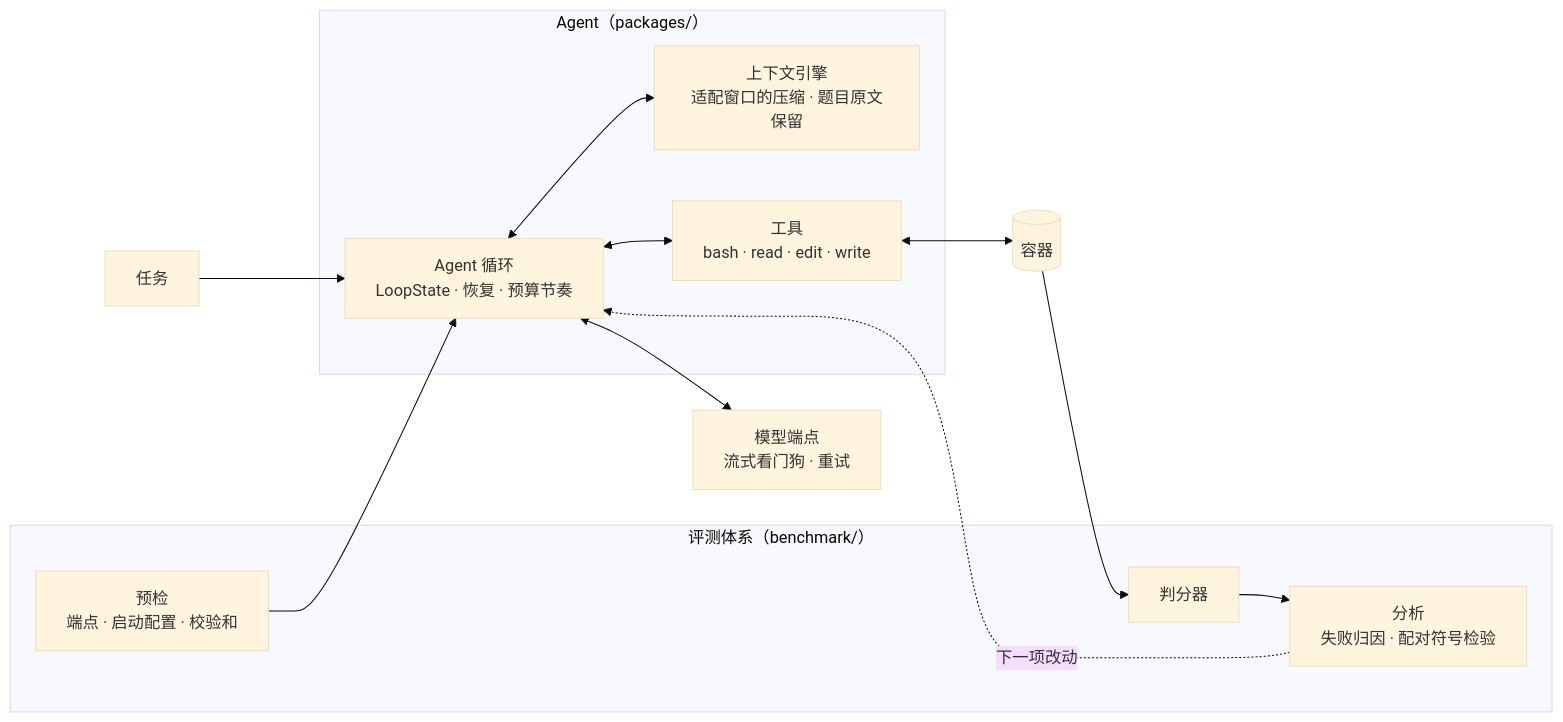
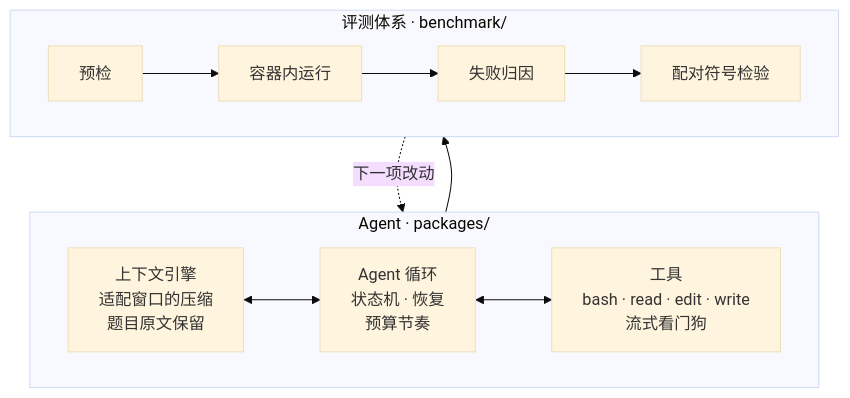
Before and after one commit to alanhuangyoo/crux: the diagram in README.zh-CN.md, drawn with Mermaid (base theme). The commit also changed 1 other file, not shown here.

Commit message:
docs: a two-lane architecture diagram that reads at README width

````diff
--- a/README.zh-CN.md
+++ b/README.zh-CN.md
@@ -73,21 +73,13 @@
 ```mermaid
-flowchart LR
-    task["任务"] --> loop
-    subgraph agent["Agent（packages/）"]
-        loop["Agent 循环<br/>LoopState · 恢复 · 预算节奏"]
-        ctx["上下文引擎<br/>适配窗口的压缩 · 题目原文保留"]
-        tools["工具<br/>bash · read · edit · write"]
-        loop <--> ctx
-        loop <--> tools
+flowchart TB
+    subgraph agent["Agent · packages/"]
+        direction LR
+        ctx["上下文引擎<br/>适配窗口的压缩<br/>题目原文保留"] <--> loop["Agent 循环<br/>状态机 · 恢复<br/>预算节奏"] <--> tools["工具<br/>bash · read · edit · write<br/>流式看门狗"]
     end
-    loop <--> model["模型端点<br/>流式看门狗 · 重试"]
-    tools <--> box[("容器")]
-    subgraph harness["评测体系（benchmark/）"]
-        pre["预检<br/>端点 · 启动配置 · 校验和"]
-        verify["判分器"]
-        analysis["分析<br/>失败归因 · 配对符号检验"]
+    subgraph evals["评测体系 · benchmark/"]
+        direction LR
+        pre["预检"] --> run["容器内运行"] --> attr["失败归因"] --> stats["配对符号检验"]
     end
-    pre --> loop
-    box --> verify --> analysis
-    analysis -. "下一项改动" .-> loop
+    agent --> run
+    stats -. "下一项改动" .-> agent
 ```
````
